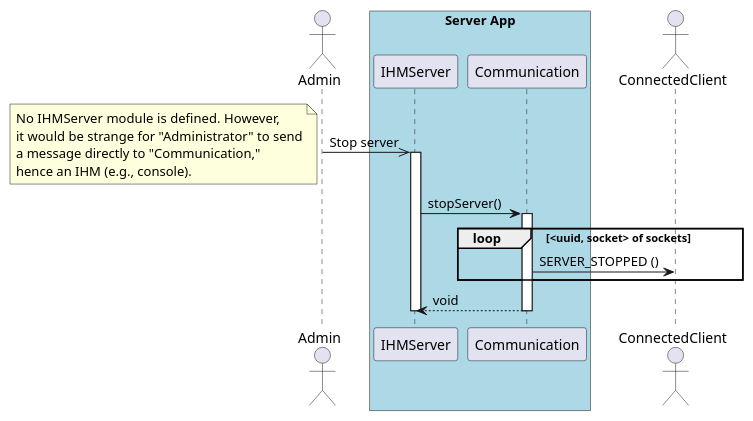
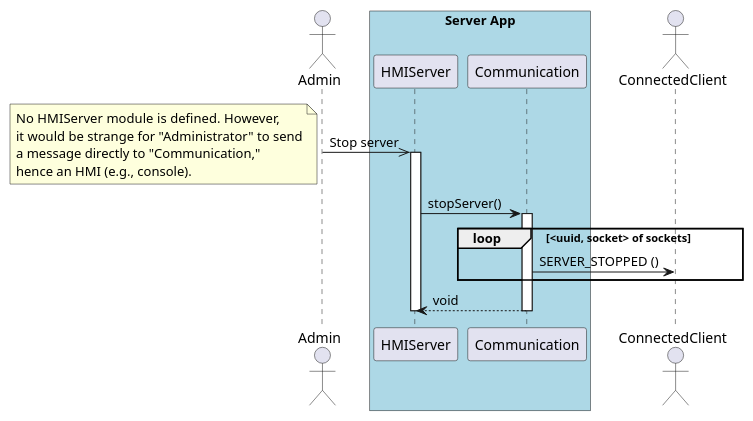
One commit to UTCAI12/Diagrams changed the diagram in sequence/5.2.stop_server_server.puml. Above: the diagram before and after it, drawn with PlantUML. The commit also changed 5 other files, not shown here.

Commit message:
replacing IHM by HMI

```diff
--- a/sequence/5.2.stop_server_server.puml
+++ b/sequence/5.2.stop_server_server.puml
@@ -1,26 +1,26 @@
 @startuml Server is stopped (server side)
 
 actor Admin as admin
 
 box "Server App" #LightBlue
-    participant IHMServer as ihm
+    participant HMIServer as hmi
     participant Communication as com
 end box
 
 actor ConnectedClient as client
 
-admin ->> ihm : Stop server
-note left : No IHMServer module is defined. However, \nit would be strange for "Administrator" to send\na message directly to "Communication,"\nhence an IHM (e.g., console).
-activate ihm
+admin ->> hmi : Stop server
+note left : No HMIServer module is defined. However, \nit would be strange for "Administrator" to send\na message directly to "Communication,"\nhence an HMI (e.g., console).
+activate hmi
 
-ihm -> com++ : stopServer()
+hmi -> com++ : stopServer()
 
 loop <uuid, socket> of sockets
     com -> client : SERVER_STOPPED ()
 end
 
 return void
 
-deactivate ihm
+deactivate hmi
 
 @enduml
```
